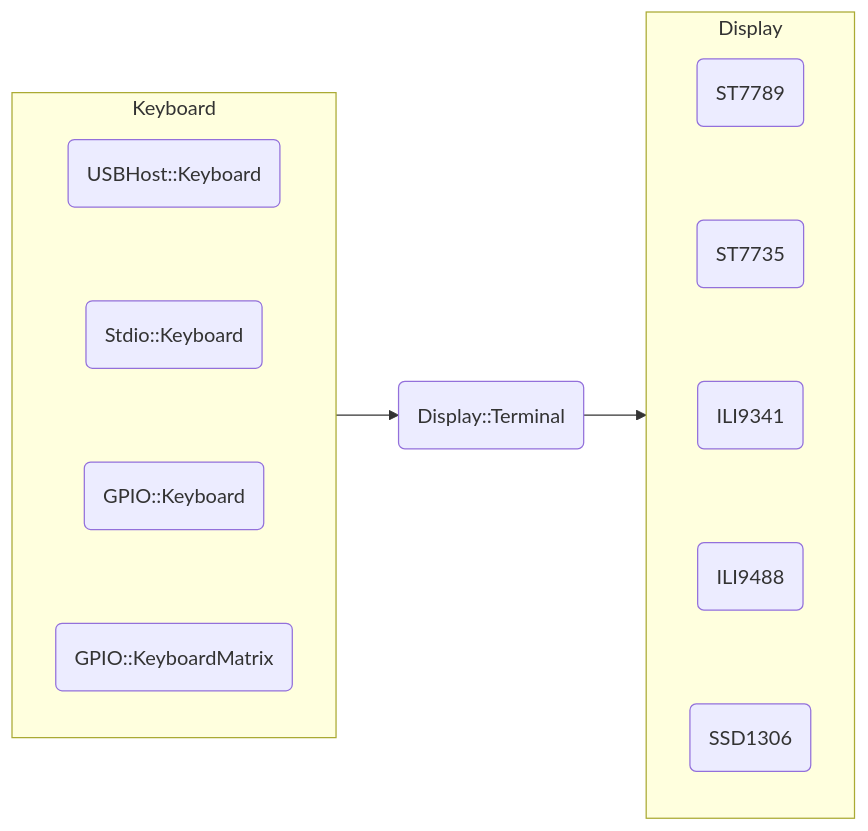
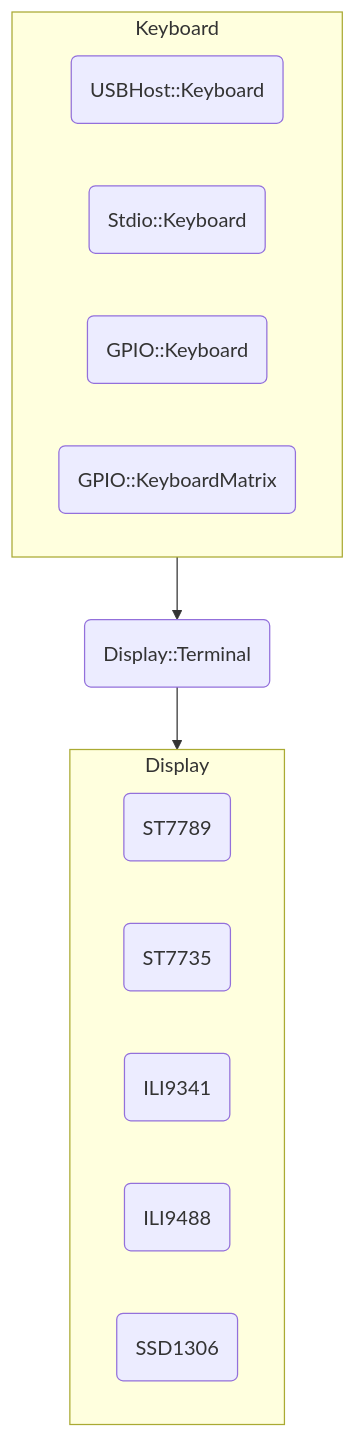
The first of 2 diagrams in articles/2025-04-06-cmdline-editor.md (ypsitau/zenn), drawn with Mermaid before and after one commit. The commit also changed other lines of this file and 5 other files, not shown here.

````diff
--- a/articles/2025-04-06-cmdline-editor.md
+++ b/articles/2025-04-06-cmdline-editor.md
@@ -42,10 +48,17 @@
 ```mermaid
-graph LR
+graph TD
   subgraph Keyboard
-    K1(USBHost::Keyboard) ~~~ K2(Stdio::Keyboard) ~~~ K3(GPIO::Keyboard) ~~~ K4(GPIO::KeyboardMatrix)
+    K1(USBHost::Keyboard)
+    K2(Stdio::Keyboard)
+    K3(GPIO::Keyboard)
+    K4(GPIO::KeyboardMatrix)
   end
   subgraph Display
-    D1(ST7789) ~~~ D2(ST7735) ~~~ D3(ILI9341) ~~~ D4(ILI9488) ~~~ D5(SSD1306)
+    D1(ST7789)
+    D2(ST7735)
+    D3(ILI9341)
+    D4(ILI9488)
+    D5(SSD1306)
   end
   Keyboard-->T(Display::Terminal)-->Display
 ```
````
